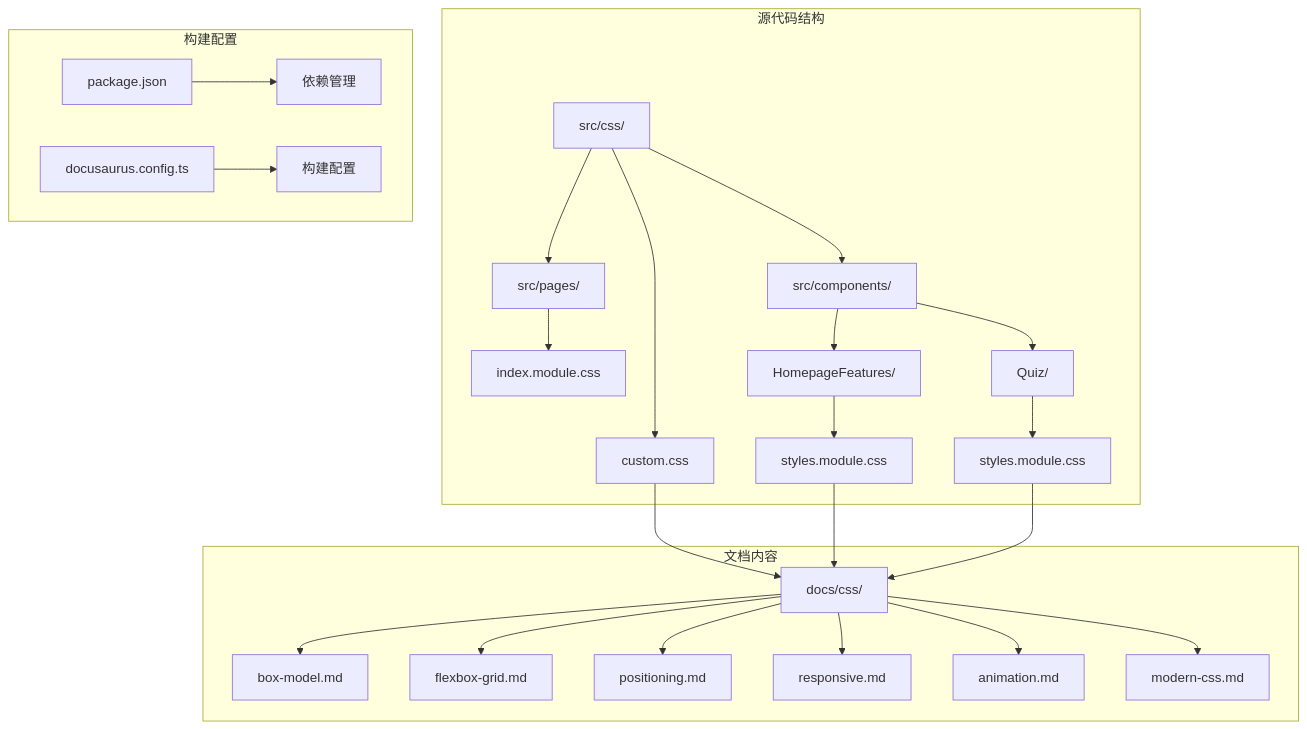
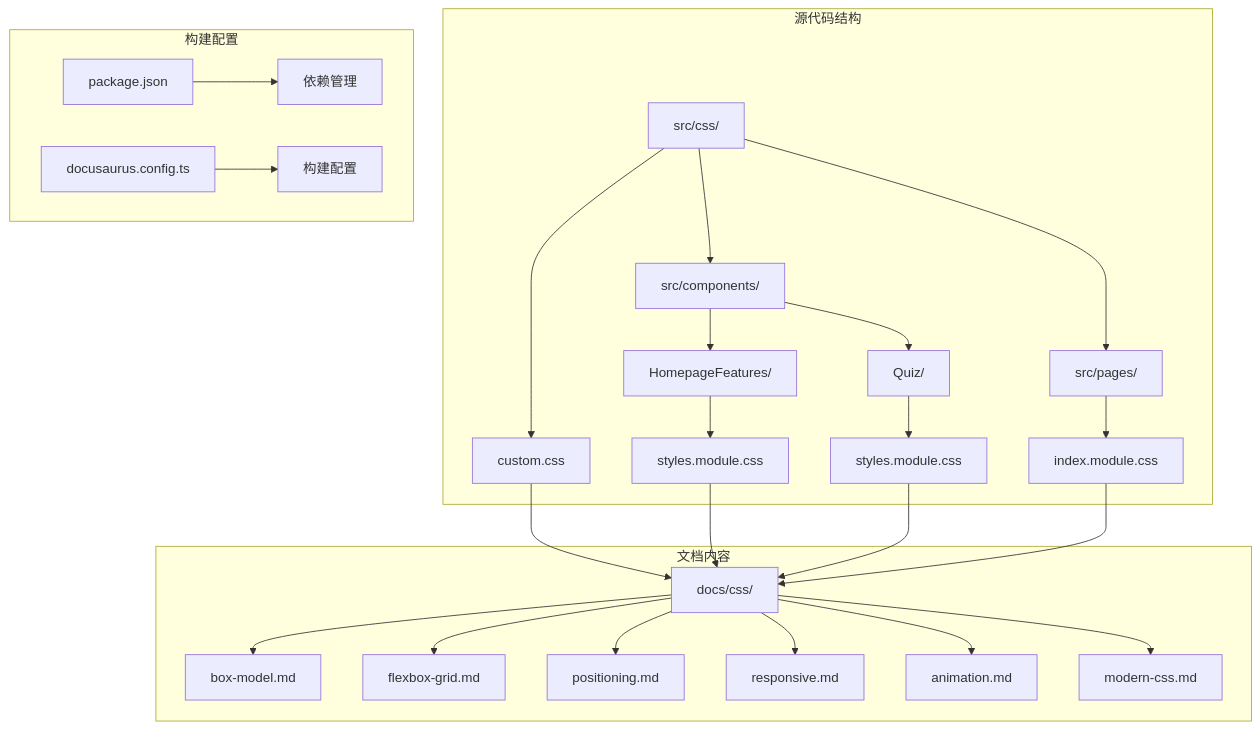
Before and after one commit to UnicornXU/knowledge-base: the first of 17 diagrams in .qoder/repowiki/zh/content/JavaScript 基础知识/CSS 基础知识.md, drawn with Mermaid. The commit also changed other lines of this file and 35 other files, not shown here.

````diff
--- a/.qoder/repowiki/zh/content/JavaScript 基础知识/CSS 基础知识.md
+++ b/.qoder/repowiki/zh/content/JavaScript 基础知识/CSS 基础知识.md
@@ -44,28 +57,29 @@
 ```mermaid
 graph TB
 subgraph "源代码结构"
 SRC[src/css/] --> CUSTOM[custom.css]
 SRC --> PAGES[src/pages/]
 PAGES --> INDEX[index.module.css]
 SRC --> COMPONENTS[src/components/]
 COMPONENTS --> HOME[HomepageFeatures/]
 COMPONENTS --> QUIZ[Quiz/]
 HOME --> HOMESTYLES[styles.module.css]
 QUIZ --> QUIZSTYLES[styles.module.css]
 end
 subgraph "文档内容"
 DOCS[docs/css/] --> BOX[box-model.md]
 DOCS --> FLEX[flexbox-grid.md]
 DOCS --> POS[positioning.md]
 DOCS --> RESP[responsive.md]
 DOCS --> ANIM[animation.md]
 DOCS --> MODERN[modern-css.md]
 end
 subgraph "构建配置"
 PKG[package.json] --> DEPS[依赖管理]
 CONFIG[docusaurus.config.ts] --> BUILD[构建配置]
 end
 CUSTOM --> DOCS
 HOMESTYLES --> DOCS
 QUIZSTYLES --> DOCS
+INDEX --> DOCS
 ```
````
